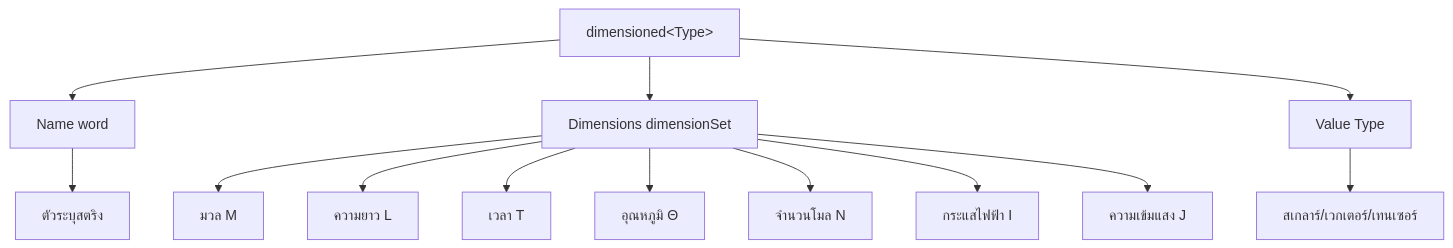
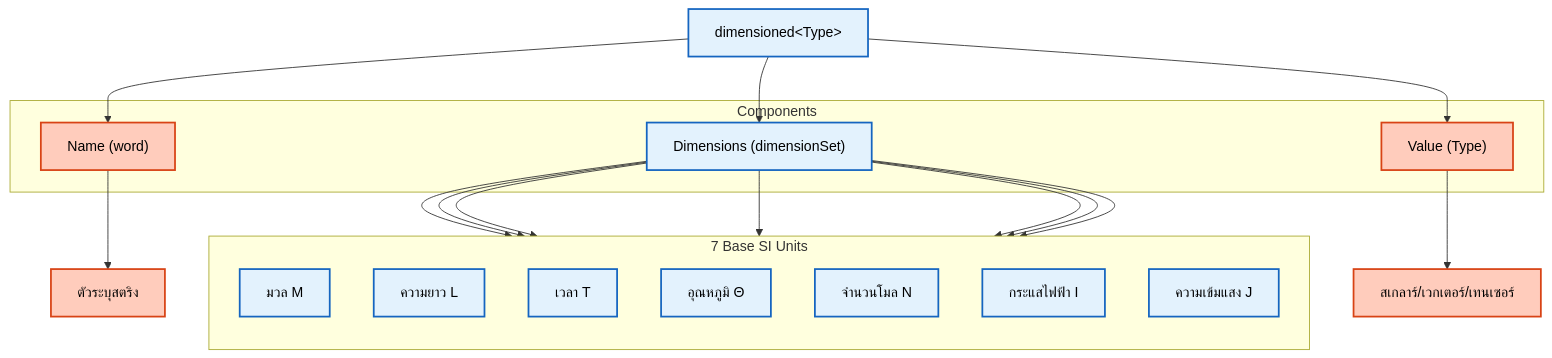
One commit to wramet/build-my-cfd changed the diagram in MODULE_05_OPENFOAM_PROGRAMMING/CONTENT/02_DIMENSIONED_TYPES/03_Implementation_Mechanisms.md. Above: the diagram before and after it, drawn with Mermaid. The commit also changed 313 other files, not shown here.

Commit message:
Revise all diagram

````diff
--- a/MODULE_05_OPENFOAM_PROGRAMMING/CONTENT/02_DIMENSIONED_TYPES/03_Implementation_Mechanisms.md
+++ b/MODULE_05_OPENFOAM_PROGRAMMING/CONTENT/02_DIMENSIONED_TYPES/03_Implementation_Mechanisms.md
@@ -34,16 +34,33 @@
 ```mermaid
 graph TD
-    A["dimensioned&lt;Type&gt;"] --> B["Name word"]
-    A --> C["Dimensions dimensionSet"]
-    A --> D["Value Type"]
-
-    B --> B1["ตัวระบุสตริง"]
-    C --> C1["มวล M"]
-    C --> C2["ความยาว L"]
-    C --> C3["เวลา T"]
-    C --> C4["อุณหภูมิ Θ"]
-    C --> C5["จำนวนโมล N"]
-    C --> C6["กระแสไฟฟ้า I"]
-    C --> C7["ความเข้มแสง J"]
-    D --> D1["สเกลาร์/เวกเตอร์/เทนเซอร์"]
+classDef explicit fill:#ffccbc,stroke:#d84315,stroke-width:2px,color:#000
+classDef implicit fill:#e3f2fd,stroke:#1565c0,stroke-width:2px,color:#000
+A["dimensioned&lt;Type&gt;"]:::implicit
+subgraph Components["Components"]
+    B["Name (word)"]:::explicit
+    C["Dimensions (dimensionSet)"]:::implicit
+    D["Value (Type)"]:::explicit
+end
+A --> B
+A --> C
+A --> D
+B --> B1["ตัวระบุสตริง"]:::explicit
+subgraph Units["7 Base SI Units"]
+    direction TB
+    C1["มวล M"]:::implicit
+    C2["ความยาว L"]:::implicit
+    C3["เวลา T"]:::implicit
+    C4["อุณหภูมิ Θ"]:::implicit
+    C5["จำนวนโมล N"]:::implicit
+    C6["กระแสไฟฟ้า I"]:::implicit
+    C7["ความเข้มแสง J"]:::implicit
+end
+C --> C1
+C --> C2
+C --> C3
+C --> C4
+C --> C5
+C --> C6
+C --> C7
+D --> D1["สเกลาร์/เวกเตอร์/เทนเซอร์"]:::explicit
 ```
````
